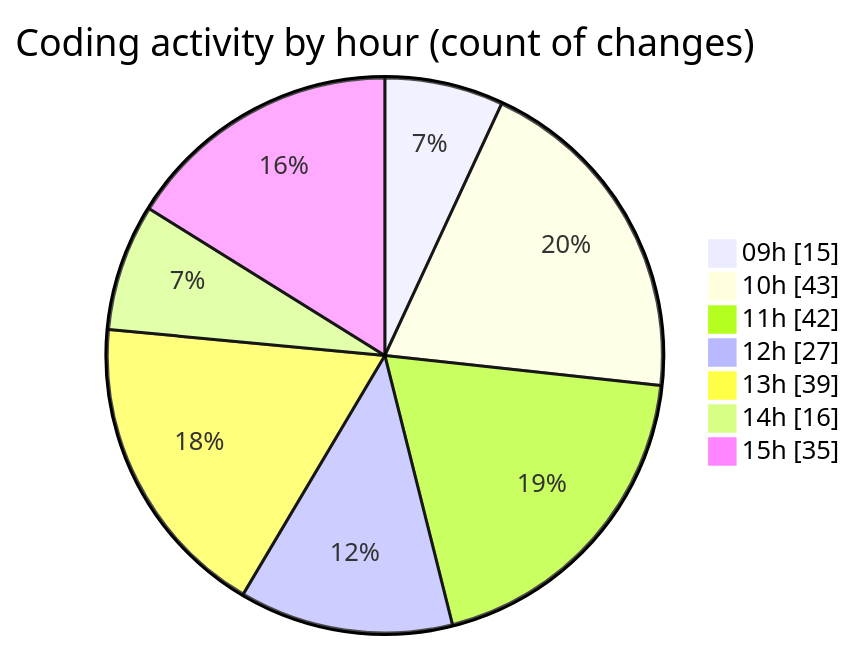
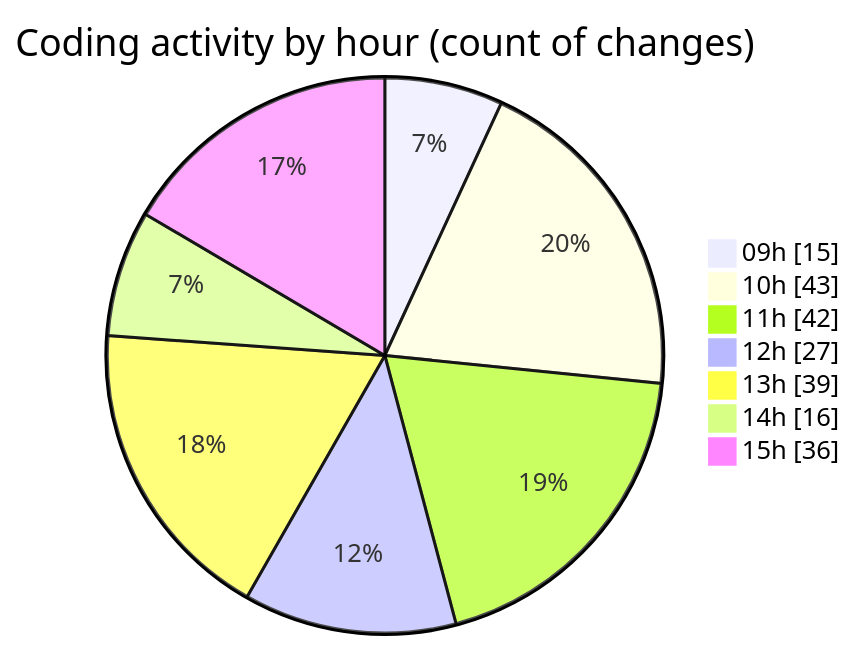
The second of 2 diagrams in 2025-09-30/cda/README.md (momahboobian/code-tracking), drawn with Mermaid before and after one commit. The commit also changed other lines of this file and 1 other file, not shown here.

````diff
--- a/2025-09-30/cda/README.md
+++ b/2025-09-30/cda/README.md
@@ -33,11 +33,11 @@
 ```mermaid
 pie showData
 title Coding activity by hour (count of changes)
 "09h" : 15
 "10h" : 43
 "11h" : 42
 "12h" : 27
 "13h" : 39
 "14h" : 16
-"15h" : 35
+"15h" : 36
 ```
````
